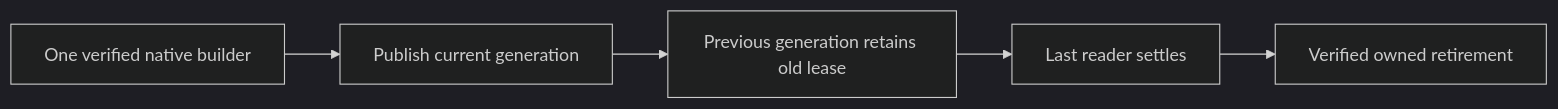
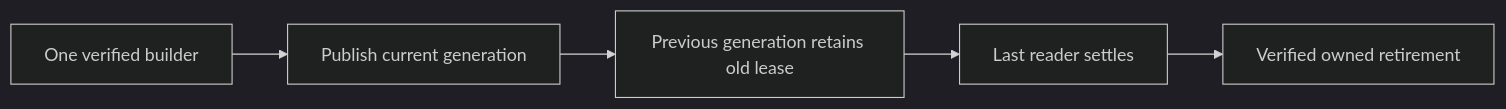
The first of 2 diagrams in docs/Features/Search/OnlineGenerationLifetime.md (managedcode/KeyLoad), drawn with Mermaid (dark theme) before and after one commit. The commit also changed other lines of this file and 9016 other files, not shown here.

````diff
--- a/docs/Features/Search/OnlineGenerationLifetime.md
+++ b/docs/Features/Search/OnlineGenerationLifetime.md
@@ -22,7 +22,7 @@
 ```mermaid
 flowchart LR
-  Build[One verified native builder] --> Current[Publish current generation]
+  Build[One verified builder] --> Current[Publish current generation]
   Current --> Retired[Previous generation retains old lease]
   Retired --> Drain[Last reader settles]
   Drain --> Delete[Verified owned retirement]
 ```
````
